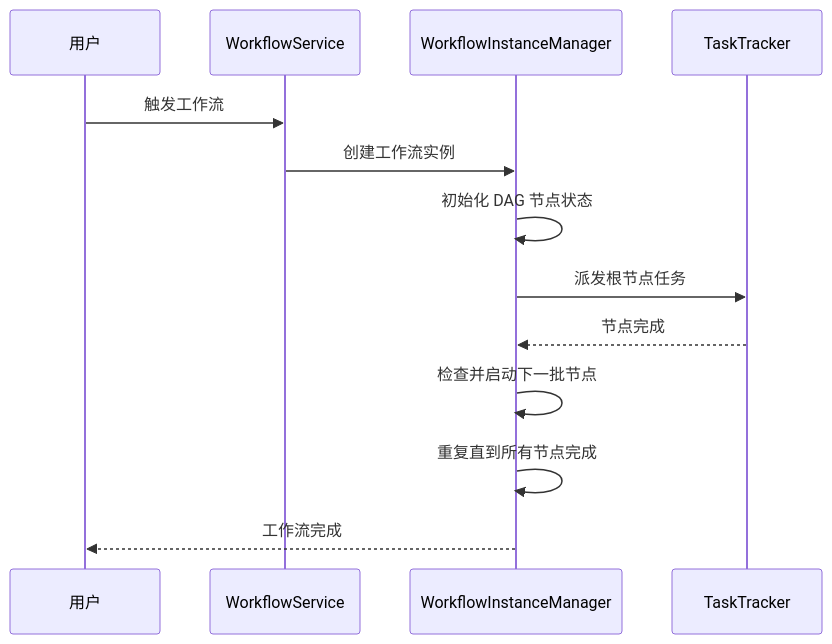
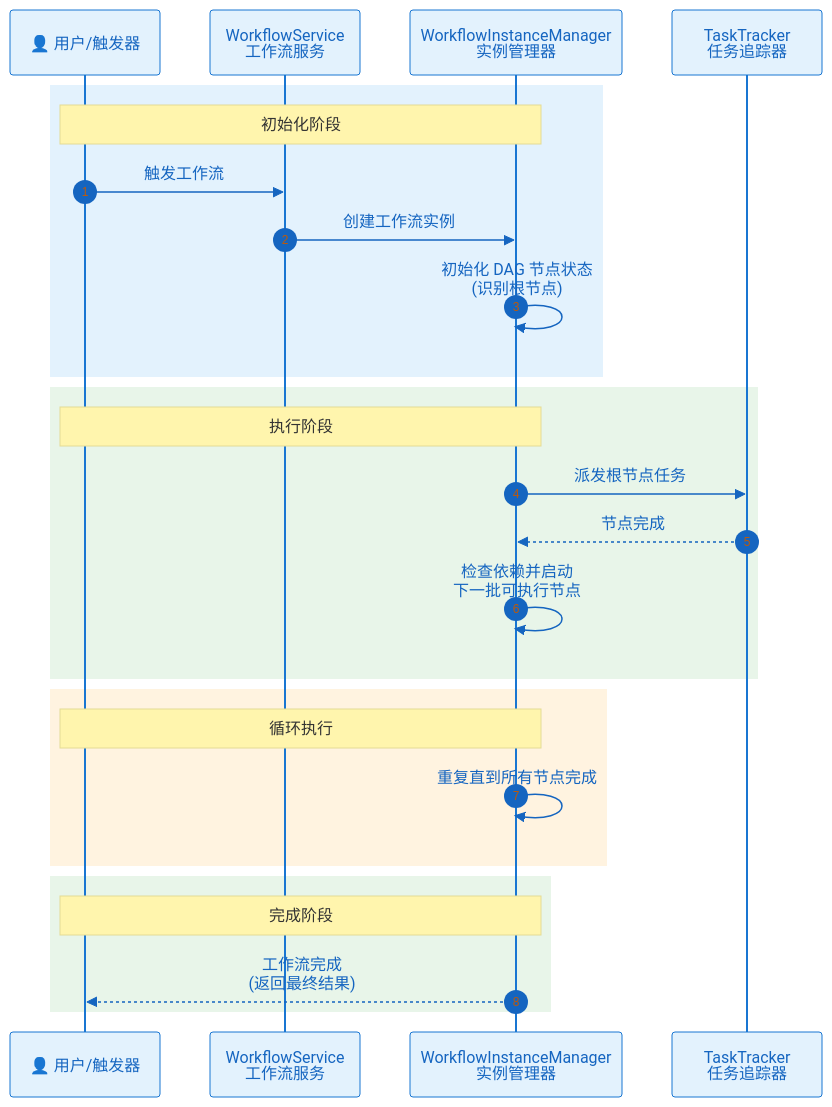
The third of 6 diagrams in zh/core/architecture.md (Echo009/PowerJob-Docs), drawn with Mermaid before and after one commit. The commit also changed other lines of this file and 7 other files, not shown here.

Commit message:
chore: 优化文档中的 mermaid 图表样式

````diff
--- a/zh/core/architecture.md
+++ b/zh/core/architecture.md
@@ -156,16 +168,34 @@
 ```mermaid
+%%{init: {'theme':'base', 'themeVariables': { 'primaryColor':'#e3f2fd', 'primaryTextColor':'#1565c0', 'primaryBorderColor':'#1976d2', 'lineColor':'#42a5f5', 'secondaryColor':'#e8f5e9', 'tertiaryColor':'#fff3e0', 'background':'#ffffff'}}}%%
 sequenceDiagram
-    participant User as 用户
-    participant WS as WorkflowService
-    participant WIM as WorkflowInstanceManager
-    participant TT as TaskTracker
+    autonumber
 
-    User->>WS: 触发工作流
-    WS->>WIM: 创建工作流实例
-    WIM->>WIM: 初始化 DAG 节点状态
-    WIM->>TT: 派发根节点任务
-    TT-->>WIM: 节点完成
-    WIM->>WIM: 检查并启动下一批节点
-    WIM->>WIM: 重复直到所有节点完成
-    WIM-->>User: 工作流完成
+    participant User as 👤 用户/触发器
+    participant WS as WorkflowService<br/>工作流服务
+    participant WIM as WorkflowInstanceManager<br/>实例管理器
+    participant TT as TaskTracker<br/>任务追踪器
+
+    rect rgb(227, 242, 253)
+        Note over User,WIM: 初始化阶段
+        User->>WS: 触发工作流
+        WS->>WIM: 创建工作流实例
+        WIM->>WIM: 初始化 DAG 节点状态<br/>(识别根节点)
+    end
+
+    rect rgb(232, 245, 233)
+        Note over User,WIM: 执行阶段
+        WIM->>TT: 派发根节点任务
+        TT-->>WIM: 节点完成
+        WIM->>WIM: 检查依赖并启动<br/>下一批可执行节点
+    end
+
+    rect rgb(255, 243, 224)
+        Note over User,WIM: 循环执行
+        WIM->>WIM: 重复直到所有节点完成
+    end
+
+    rect rgb(232, 245, 233)
+        Note over User,WIM: 完成阶段
+        WIM-->>User: 工作流完成<br/>(返回最终结果)
+    end
 ```
````
